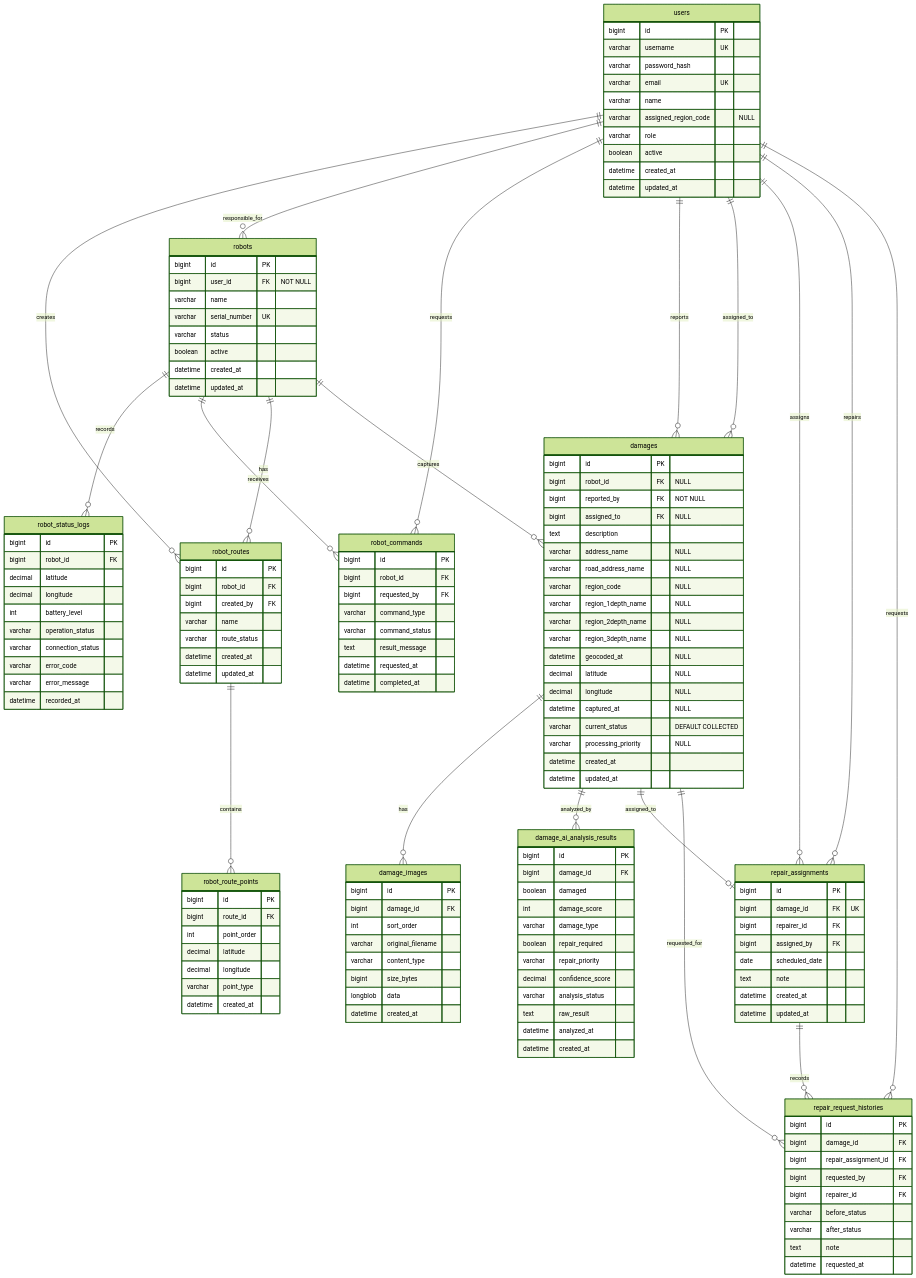
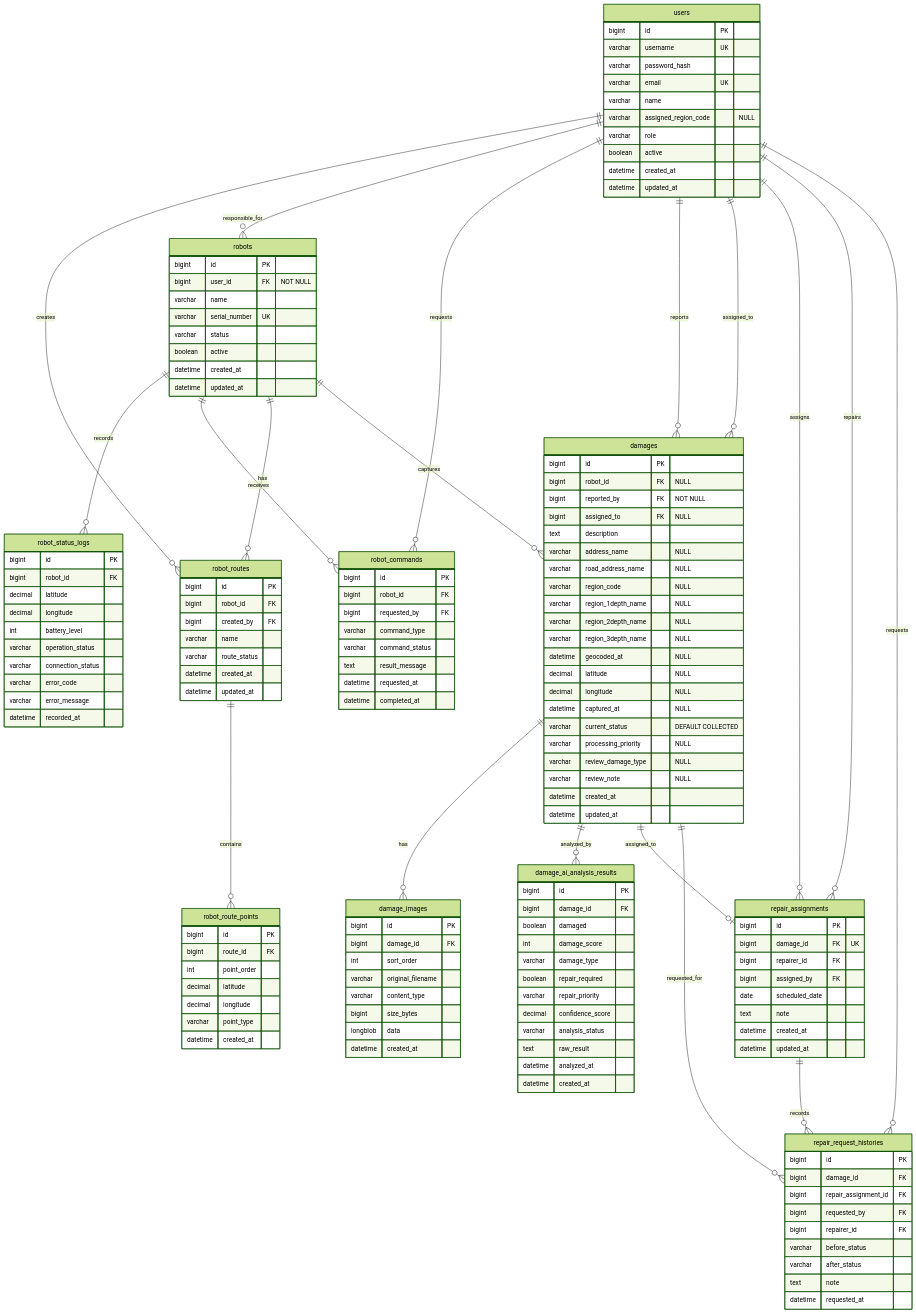
The diagram in Roady_BE/docs/erd.md (kky107102/Roady), drawn with Mermaid (forest theme) before and after one commit. The commit also changed other lines of this file and 2 other files, not shown here.

```diff
--- a/Roady_BE/docs/erd.md
+++ b/Roady_BE/docs/erd.md
@@ -133,6 +133,8 @@
         datetime captured_at "NULL"
         varchar current_status "DEFAULT COLLECTED"
         varchar processing_priority "NULL"
+        varchar review_damage_type "NULL"
+        varchar review_note "NULL"
         datetime created_at
         datetime updated_at
     }
```
